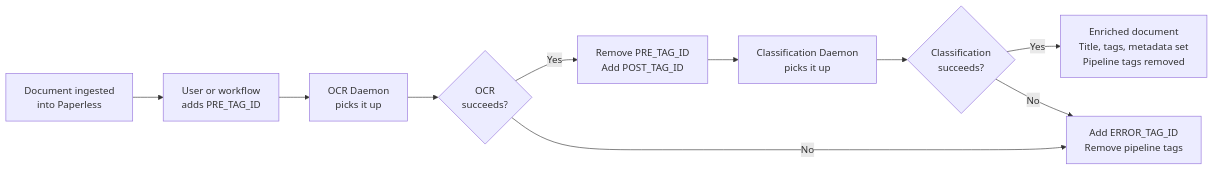
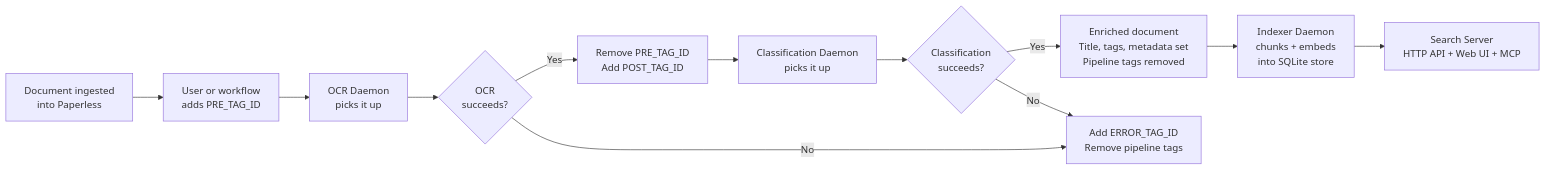
One commit to rossetv/paperless-ai changed the diagram in AGENTS.md. Above: the diagram before and after it, drawn with Mermaid. The commit also changed other lines of this file and 4 other files, not shown here.

Commit message:
docs: document the store, indexer, and search subsystems

````diff
--- a/AGENTS.md
+++ b/AGENTS.md
@@ -23,12 +26,14 @@
 ```mermaid
 flowchart LR
     A["Document ingested\ninto Paperless"] --> B["User or workflow\nadds PRE_TAG_ID"]
     B --> C["OCR Daemon\npicks it up"]
     C --> D{"OCR\nsucceeds?"}
     D -- Yes --> E["Remove PRE_TAG_ID\nAdd POST_TAG_ID"]
     E --> F["Classification Daemon\npicks it up"]
     F --> G{"Classification\nsucceeds?"}
     G -- Yes --> H["Enriched document\nTitle, tags, metadata set\nPipeline tags removed"]
     D -- No --> I["Add ERROR_TAG_ID\nRemove pipeline tags"]
     G -- No --> I
+    H --> J["Indexer Daemon\nchunks + embeds\ninto SQLite store"]
+    J --> K["Search Server\nHTTP API + Web UI + MCP"]
 ```
````
